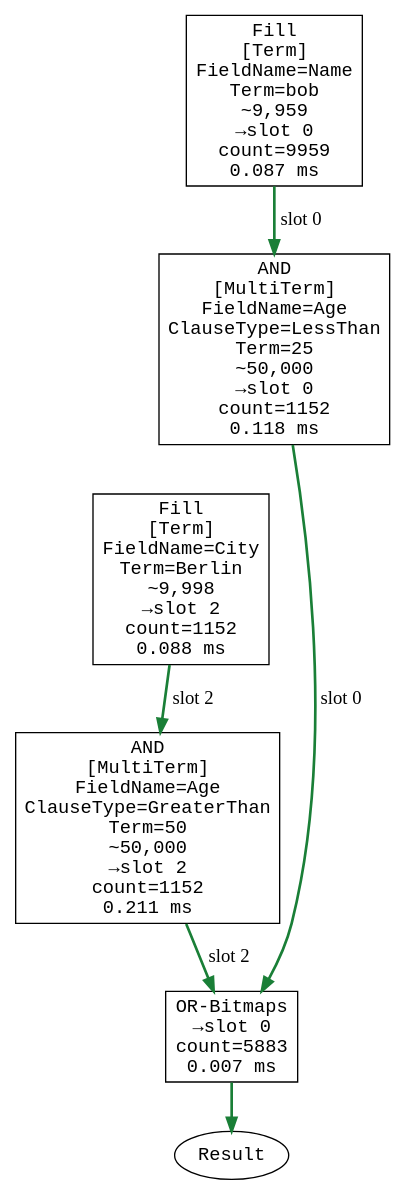
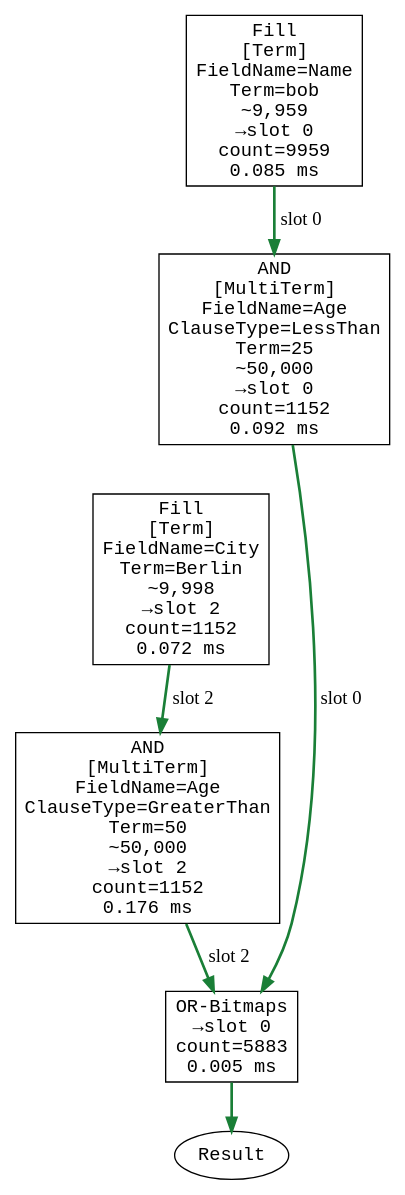
Before and after one commit to ayende/ravendb: diagram 16 of 44 in corax-query-catalog.md, drawn with Graphviz. The commit also changed other lines of this file and 1 other file, not shown here.

First line of the commit message:
RavenDB-25281 Regenerate query catalog for producer-node rendering

````diff
--- a/corax-query-catalog.md
+++ b/corax-query-catalog.md
@@ -1453,18 +1453,18 @@
 ```dot
 digraph QueryPlan {
   rankdir=TB;
-  node [shape=box, fontname="monospace"];
-  op0 [label="Fill\n[Term]\nFieldName=Name\nTerm=bob\n~9,959\n→slot 0\ncount=9959\n0.087 ms", data_destslot="0", data_dispatch="Term", data_fieldname="Name", data_term="bob", data_estimatedrows="9,959", data_count="9959", data_ms="0.087"];
-  op1 [label="AND\n[MultiTerm]\nFieldName=Age\nClauseType=LessThan\nTerm=25\n~50,000\n→slot 0\ncount=1152\n0.118 ms", data_destslot="0", data_dispatch="MultiTerm", data_fieldname="Age", data_term="25", data_clausetype="LessThan", data_estimatedrows="50,000", data_count="1152", data_ms="0.118"];
-  op2 [label="Fill\n[Term]\nFieldName=City\nTerm=Berlin\n~9,998\n→slot 2\ncount=1152\n0.088 ms", data_destslot="2", data_dispatch="Term", data_fieldname="City", data_term="Berlin", data_estimatedrows="9,998", data_count="1152", data_ms="0.088"];
-  op3 [label="AND\n[MultiTerm]\nFieldName=Age\nClauseType=GreaterThan\nTerm=50\n~50,000\n→slot 2\ncount=1152\n0.211 ms", data_destslot="2", data_dispatch="MultiTerm", data_fieldname="Age", data_term="50", data_clausetype="GreaterThan", data_estimatedrows="50,000", data_count="1152", data_ms="0.211"];
-  op4 [label="OR-Bitmaps\n→slot 0\ncount=5883\n0.007 ms", data_destslot="0", data_sourceslot="2", data_count="5883", data_ms="0.007"];
-  result [shape=ellipse, label="Result"];
-  op0 -> op1 [style=bold, color="#1a7f37", label="slot 0"];
-  op2 -> op3 [style=bold, color="#1a7f37", label="slot 2"];
-  op1 -> op4 [style=bold, color="#1a7f37", label="slot 0"];
-  op3 -> op4 [style=bold, color="#1a7f37", label="slot 2"];
-  op4 -> result [style=bold, color="#1a7f37"];
-  op1 -> op2 [style=invis];
+  node [shape="box", fontname="monospace"];
+  op0 [label="Fill\n[Term]\nFieldName=Name\nTerm=bob\n~9,959\n→slot 0\ncount=9959\n0.085 ms", data_operation="Fill", data_destslot="0", data_dispatch="Term", data_fieldname="Name", data_term="bob", data_estimatedrows="9,959", data_count="9959", data_ms="0.085", data_taken="True"];
+  op1 [label="AND\n[MultiTerm]\nFieldName=Age\nClauseType=LessThan\nTerm=25\n~50,000\n→slot 0\ncount=1152\n0.092 ms", data_operation="AND", data_destslot="0", data_dispatch="MultiTerm", data_fieldname="Age", data_term="25", data_clausetype="LessThan", data_estimatedrows="50,000", data_count="1152", data_ms="0.092", data_taken="True"];
+  op2 [label="Fill\n[Term]\nFieldName=City\nTerm=Berlin\n~9,998\n→slot 2\ncount=1152\n0.072 ms", data_operation="Fill", data_destslot="2", data_dispatch="Term", data_fieldname="City", data_term="Berlin", data_estimatedrows="9,998", data_count="1152", data_ms="0.072", data_taken="True"];
+  op3 [label="AND\n[MultiTerm]\nFieldName=Age\nClauseType=GreaterThan\nTerm=50\n~50,000\n→slot 2\ncount=1152\n0.176 ms", data_operation="AND", data_destslot="2", data_dispatch="MultiTerm", data_fieldname="Age", data_term="50", data_clausetype="GreaterThan", data_estimatedrows="50,000", data_count="1152", data_ms="0.176", data_taken="True"];
+  op4 [label="OR-Bitmaps\n→slot 0\ncount=5883\n0.005 ms", data_operation="OR-Bitmaps", data_destslot="0", data_sourceslot="2", data_count="5883", data_ms="0.005", data_taken="True"];
+  result [shape="ellipse", label="Result", data_operation="Result"];
+  op0 -> op1 [style="bold", color="#1a7f37", label="slot 0", data_kind="dataflow", data_slot="0", data_flow="on"];
+  op2 -> op3 [style="bold", color="#1a7f37", label="slot 2", data_kind="dataflow", data_slot="2", data_flow="on"];
+  op1 -> op4 [style="bold", color="#1a7f37", label="slot 0", data_kind="dataflow", data_slot="0", data_flow="on"];
+  op3 -> op4 [style="bold", color="#1a7f37", label="slot 2", data_kind="dataflow", data_slot="2", data_flow="on"];
+  op4 -> result [style="bold", color="#1a7f37", data_kind="result", data_variant="bitmap-final", data_flow="on"];
+  op1 -> op2 [style="invis", data_kind="sequence", data_flow="invis"];
 }
 ```
````
